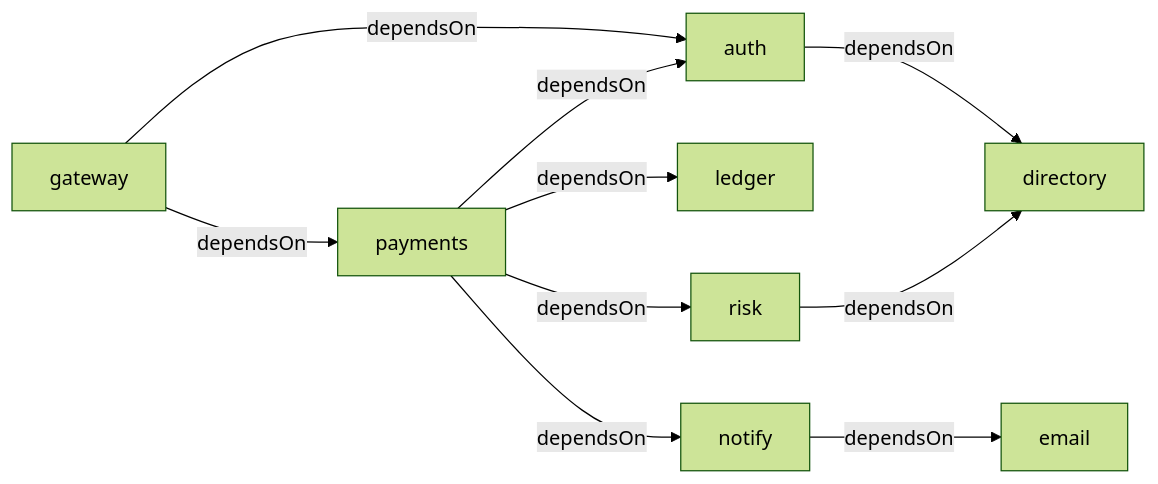
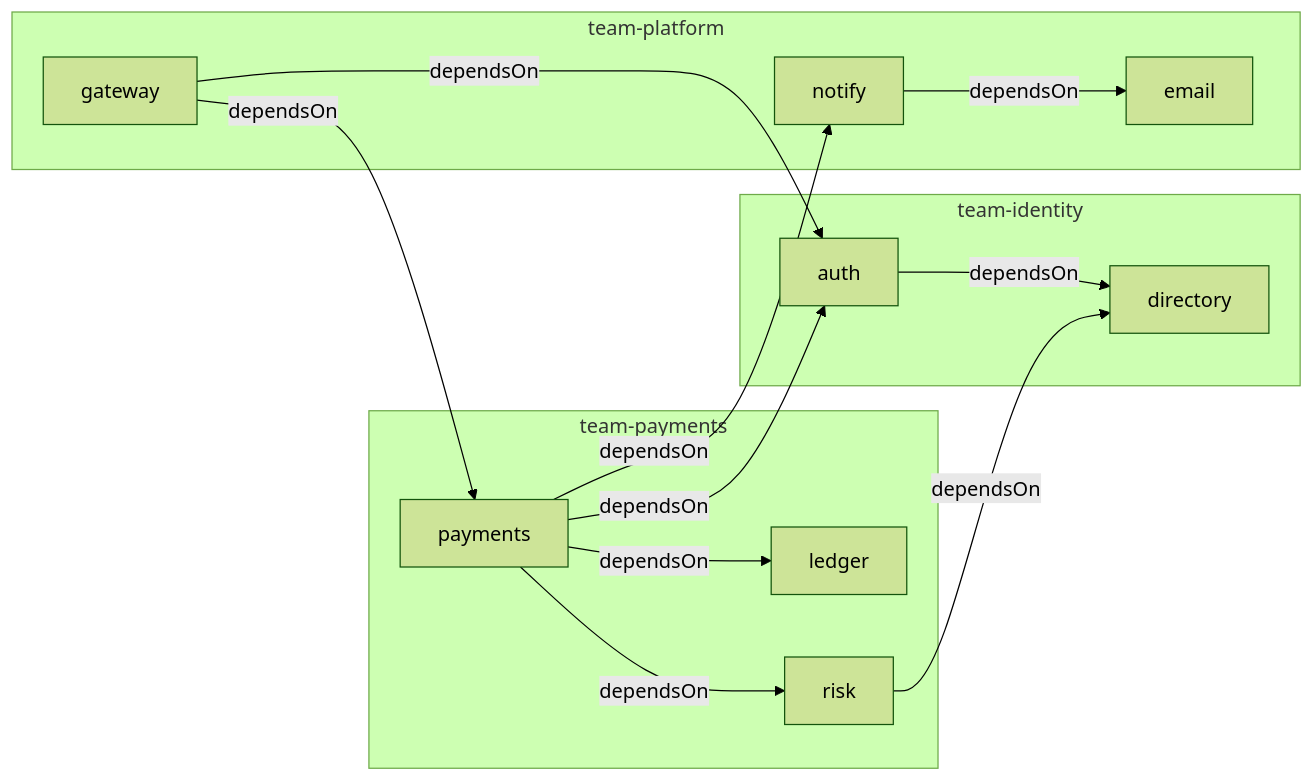
One commit to aontu-lang/aontu changed the diagram in use-cases/01-service-catalog/expected/diagram-graph.mmd. Above: the diagram before and after it, drawn with Mermaid (forest theme). The commit also changed 76 other files, not shown here.

```diff
--- a/use-cases/01-service-catalog/expected/diagram-graph.mmd
+++ b/use-cases/01-service-catalog/expected/diagram-graph.mmd
@@ -1,18 +1,24 @@
-graph LR
-  n___catalog_domains_identity_services_auth["auth"]
-  n___catalog_domains_identity_services_directory["directory"]
-  n___catalog_domains_payments_services_ledger["ledger"]
-  n___catalog_domains_payments_services_payments["payments"]
-  n___catalog_domains_payments_services_risk["risk"]
-  n___catalog_domains_platform_services_email["email"]
-  n___catalog_domains_platform_services_gateway["gateway"]
-  n___catalog_domains_platform_services_notify["notify"]
-  n___catalog_domains_identity_services_auth -->|"dependsOn"| n___catalog_domains_identity_services_directory
-  n___catalog_domains_payments_services_payments -->|"dependsOn"| n___catalog_domains_identity_services_auth
-  n___catalog_domains_payments_services_payments -->|"dependsOn"| n___catalog_domains_payments_services_ledger
-  n___catalog_domains_payments_services_payments -->|"dependsOn"| n___catalog_domains_payments_services_risk
-  n___catalog_domains_payments_services_payments -->|"dependsOn"| n___catalog_domains_platform_services_notify
-  n___catalog_domains_payments_services_risk -->|"dependsOn"| n___catalog_domains_identity_services_directory
-  n___catalog_domains_platform_services_gateway -->|"dependsOn"| n___catalog_domains_identity_services_auth
-  n___catalog_domains_platform_services_gateway -->|"dependsOn"| n___catalog_domains_payments_services_payments
-  n___catalog_domains_platform_services_notify -->|"dependsOn"| n___catalog_domains_platform_services_email
+flowchart LR
+  subgraph g0["team-identity"]
+    n_auth["auth"]
+    n_directory["directory"]
+  end
+  subgraph g1["team-payments"]
+    n_ledger["ledger"]
+    n_payments["payments"]
+    n_risk["risk"]
+  end
+  subgraph g2["team-platform"]
+    n_email["email"]
+    n_gateway["gateway"]
+    n_notify["notify"]
+  end
+  n_auth -->|"dependsOn"| n_directory
+  n_gateway -->|"dependsOn"| n_auth
+  n_gateway -->|"dependsOn"| n_payments
+  n_notify -->|"dependsOn"| n_email
+  n_payments -->|"dependsOn"| n_auth
+  n_payments -->|"dependsOn"| n_ledger
+  n_payments -->|"dependsOn"| n_notify
+  n_payments -->|"dependsOn"| n_risk
+  n_risk -->|"dependsOn"| n_directory
```
